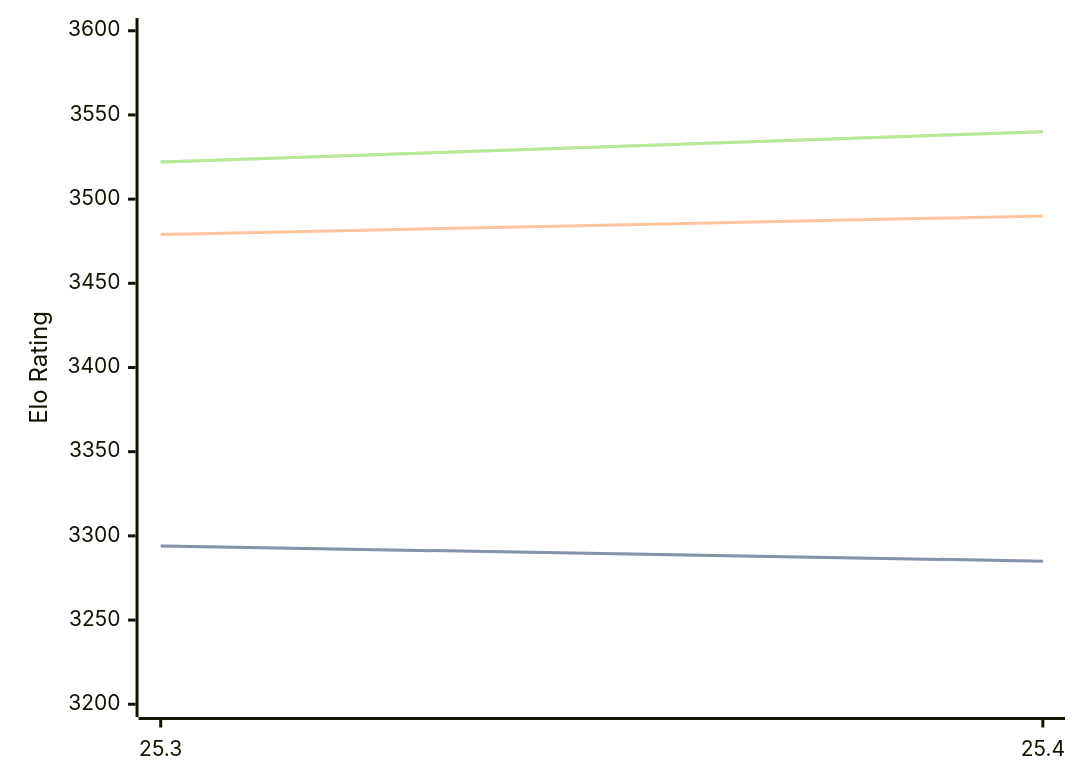
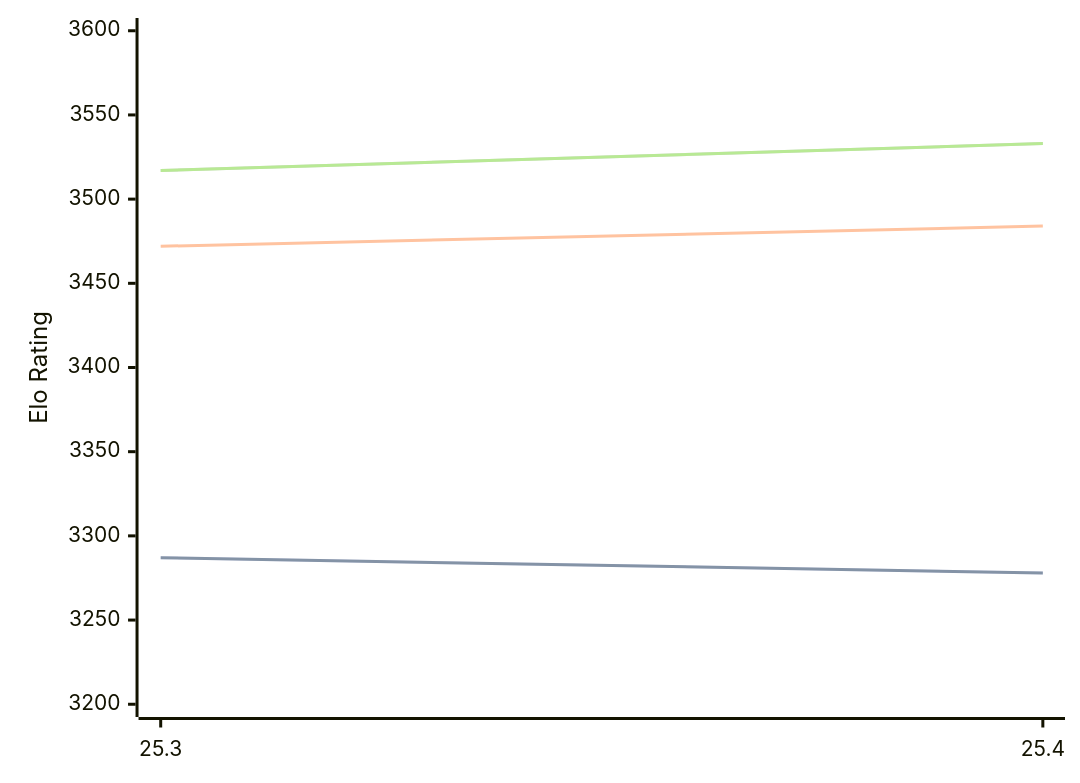
The diagram in engines/Arasan.md (computer-chess-index/cci), drawn with Mermaid before and after one commit. The commit also changed other lines of this file, not shown here.

Commit message:
Update CCI Ratings (ELO VLTC) - 2026-05-18

````diff
--- a/engines/Arasan.md
+++ b/engines/Arasan.md
@@ -33,11 +33,11 @@
 ```mermaid
 %%{init: {"theme":"base","themeVariables":{"seriesColors:['#a3a3a3','#222221','#faa371']}}}%%
 xychart-beta
   x-axis ["25.3", "25.4"]
   y-axis "Elo Rating" 3200 --> 3600
-  line "STC (8.0+0.08s)" [3294, 3285]
-  line "STC (8.0+0.08s)" [3294, 3285]
-  line "LTC (60.0+0.60s)" [3479, 3490]
-  line "VLTC (2m24s+1.12s)" [3522, 3540]
-  line "VLTC (2m24s+1.12s)" [3522, 3540]
+  line "STC (8.0+0.08s)" [3287, 3278]
+  line "STC (8.0+0.08s)" [3287, 3278]
+  line "LTC (60.0+0.60s)" [3472, 3484]
+  line "VLTC (2m24s+1.12s)" [3517, 3533]
+  line "VLTC (2m24s+1.12s)" [3517, 3533]
 ```
````
